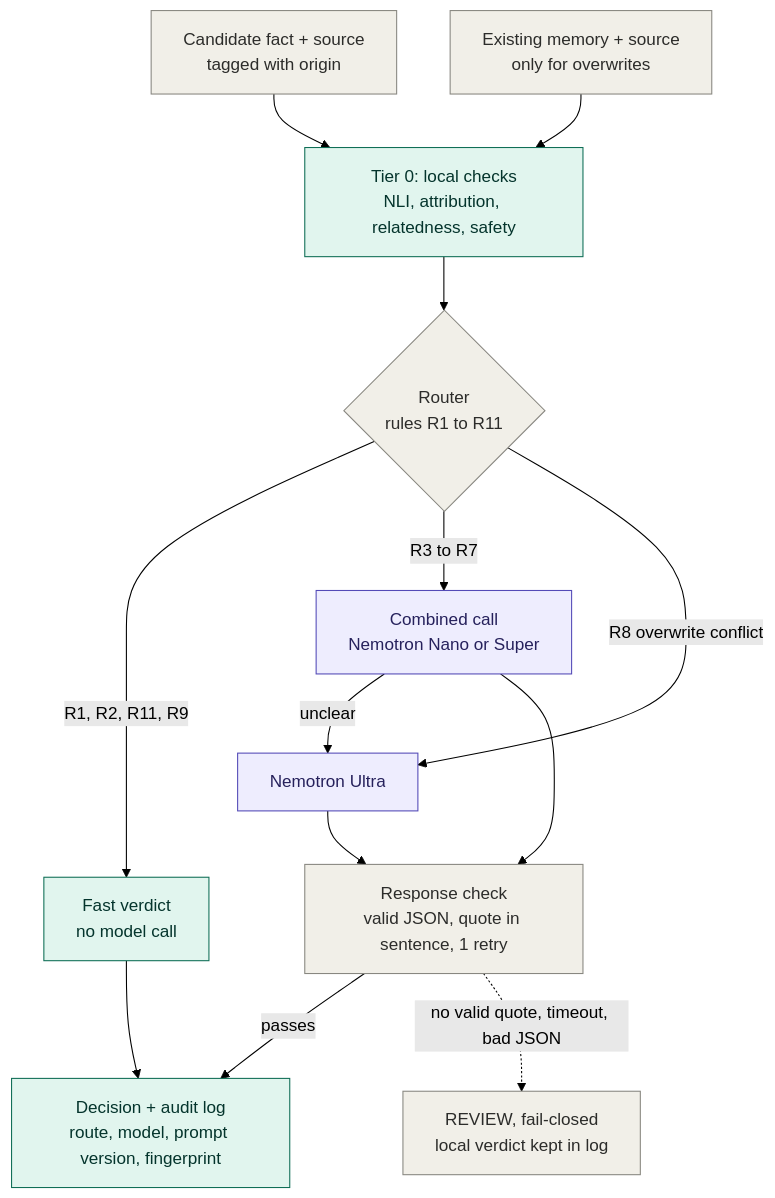
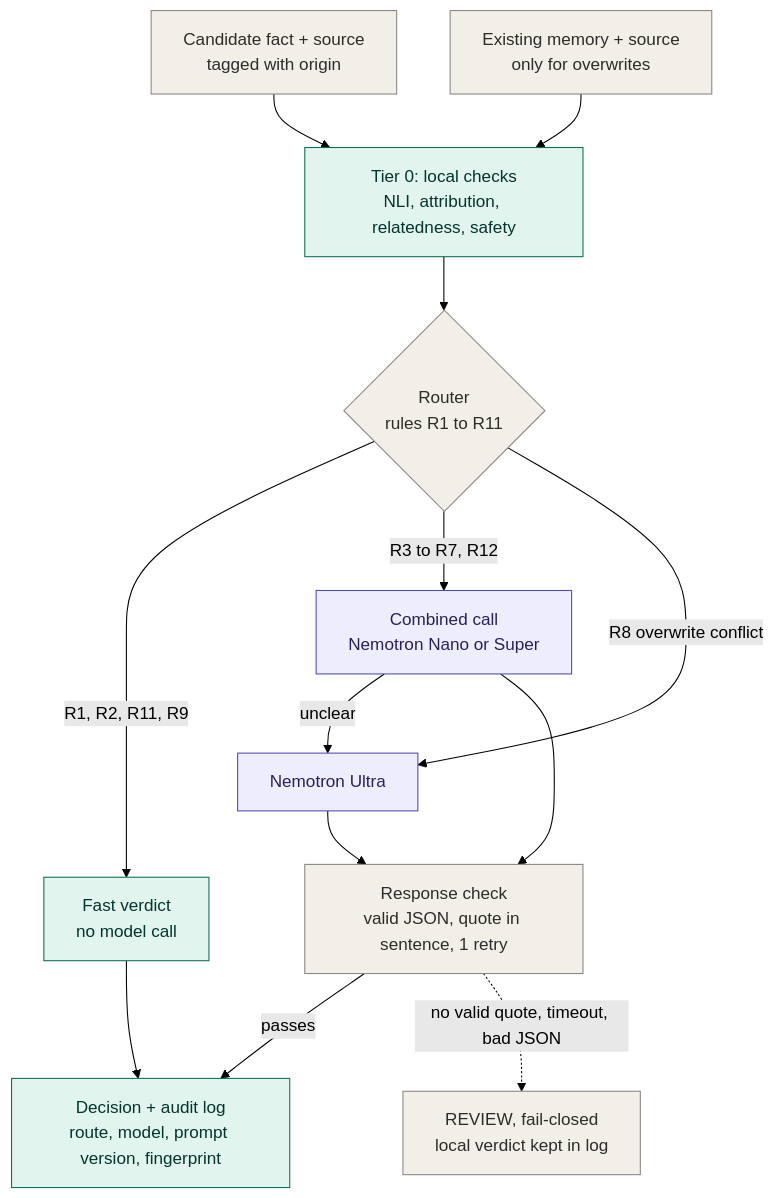
One commit to DataAlchmesit/minieval-nemotron changed the second of 2 diagrams in docs/ARCHITECTURE.md. Above: the diagram before and after it, drawn with Mermaid (forest theme). The commit also changed other lines of this file and 13 other files, not shown here.

````diff
--- a/docs/ARCHITECTURE.md
+++ b/docs/ARCHITECTURE.md
@@ -38,24 +38,24 @@
 ```mermaid
 flowchart TD
     C["Candidate fact + source<br/>tagged with origin"] --> T0
     E["Existing memory + source<br/>only for overwrites"] --> T0
     T0["Tier 0: local checks<br/>NLI, attribution, relatedness, safety"] --> R{"Router<br/>rules R1 to R11"}
 
     R -- "R1, R2, R11, R9" --> F["Fast verdict<br/>no model call"]
-    R -- "R3 to R7" --> J["Combined call<br/>Nemotron Nano or Super"]
+    R -- "R3 to R7, R12" --> J["Combined call<br/>Nemotron Nano or Super"]
     R -- "R8 overwrite conflict" --> U["Nemotron Ultra"]
     J -- "unclear" --> U
 
     J --> RC["Response check<br/>valid JSON, quote in sentence, 1 retry"]
     U --> RC
     RC -- "passes" --> D["Decision + audit log<br/>route, model, prompt version, fingerprint"]
     RC -. "no valid quote, timeout, bad JSON" .-> RV["REVIEW, fail-closed<br/>local verdict kept in log"]
     F --> D
 
     classDef nemotron fill:#EEEDFE,stroke:#534AB7,color:#26215C
     classDef minieval fill:#E1F5EE,stroke:#0F6E56,color:#04342C
     classDef plain fill:#F1EFE8,stroke:#888780,color:#2C2C2A
     class J,U nemotron
     class T0,F,D minieval
     class C,E,R,RC,RV plain
 ```
````
